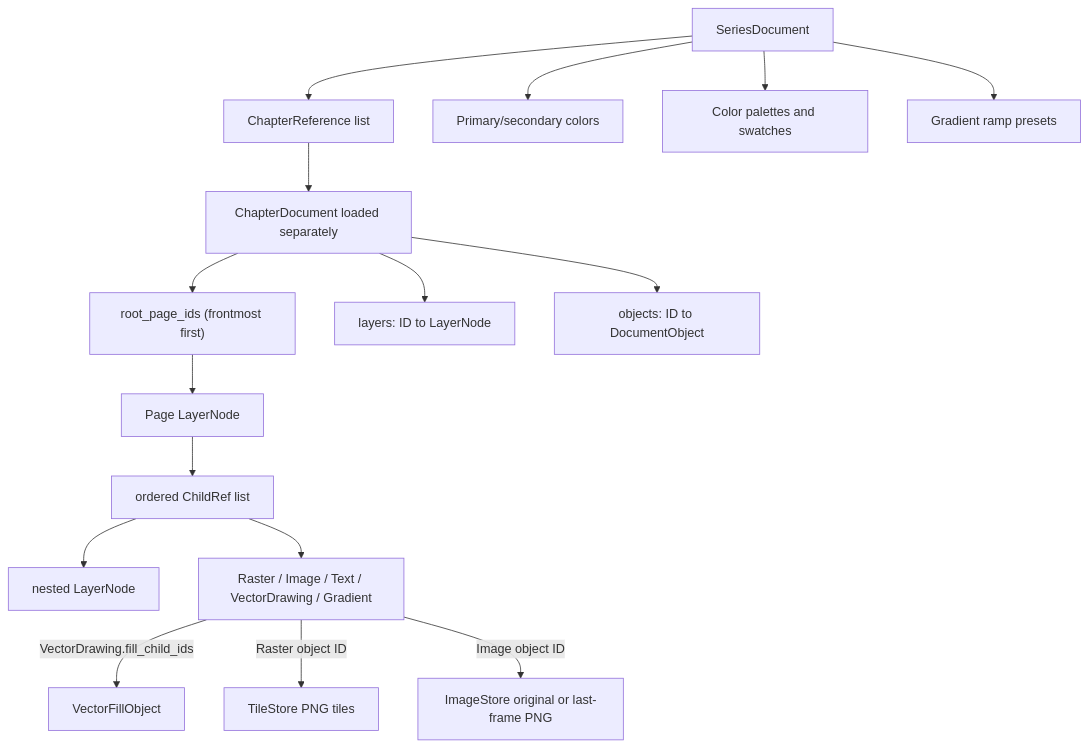
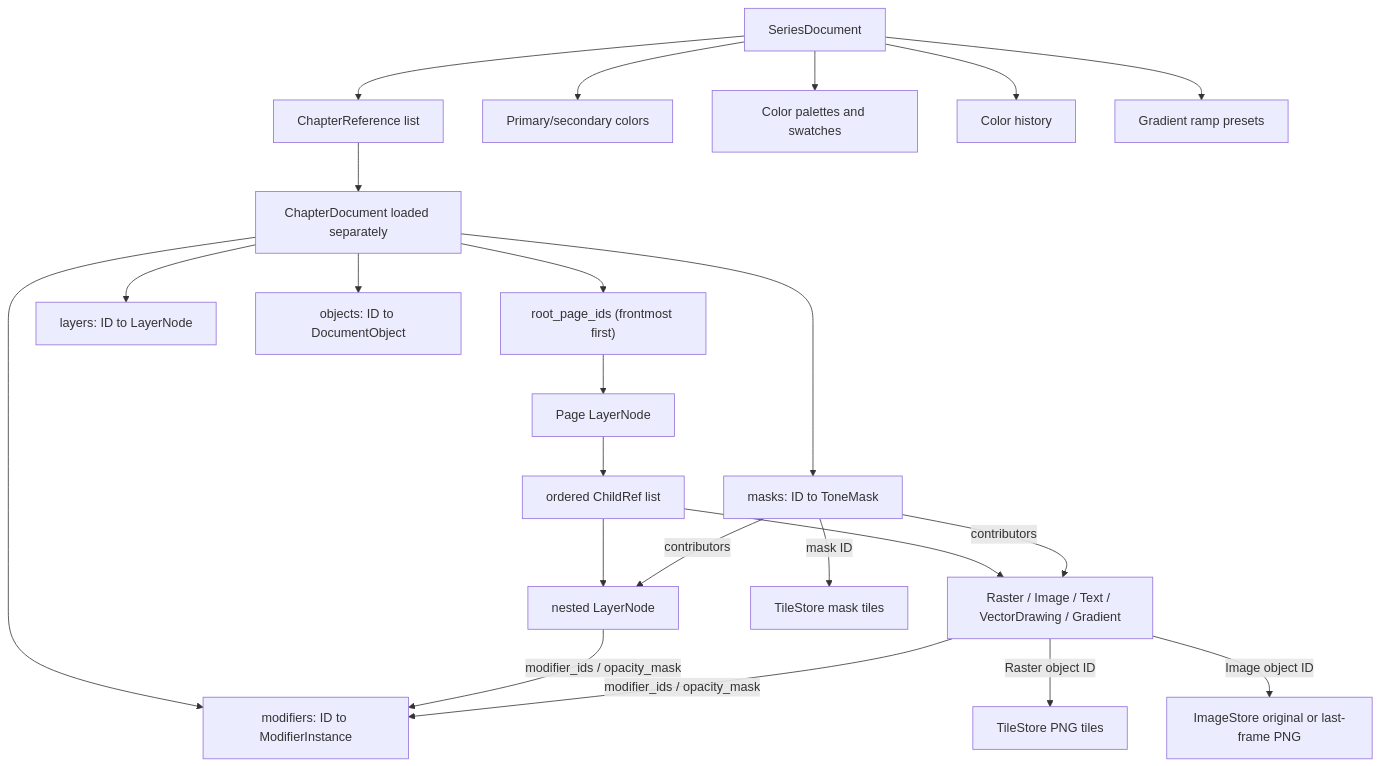
The diagram in docs/llm/03-data-session-and-persistence.md (dsat4200/webtoon-maker), drawn with Mermaid before and after one commit. The commit also changed other lines of this file and 28 other files, not shown here.

````diff
--- a/docs/llm/03-data-session-and-persistence.md
+++ b/docs/llm/03-data-session-and-persistence.md
@@ -23,18 +24,25 @@
 ```mermaid
 flowchart TD
     S["SeriesDocument"] --> CR["ChapterReference list"]
     S --> CP["Primary/secondary colors"]
     S --> PAL["Color palettes and swatches"]
+    S --> CH["Color history"]
     S --> GP["Gradient ramp presets"]
     CR --> C["ChapterDocument loaded separately"]
     C --> RP["root_page_ids (frontmost first)"]
     C --> LM["layers: ID to LayerNode"]
     C --> OM["objects: ID to DocumentObject"]
+    C --> MM["modifiers: ID to ModifierInstance"]
+    C --> TM["masks: ID to ToneMask"]
     RP --> P["Page LayerNode"]
-    P --> CH["ordered ChildRef list"]
-    CH --> L["nested LayerNode"]
-    CH --> O["Raster / Image / Text / VectorDrawing / Gradient"]
-    O -->|"VectorDrawing.fill_child_ids"| VF["VectorFillObject"]
+    P --> CHR["ordered ChildRef list"]
+    CHR --> L["nested LayerNode"]
+    CHR --> O["Raster / Image / Text / VectorDrawing / Gradient"]
     O -->|"Raster object ID"| T["TileStore PNG tiles"]
     O -->|"Image object ID"| I["ImageStore original or last-frame PNG"]
+    TM -->|"contributors"| L
+    TM -->|"contributors"| O
+    TM -->|"mask ID"| MT["TileStore mask tiles"]
+    L -->|"modifier_ids / opacity_mask"| MM
+    O -->|"modifier_ids / opacity_mask"| MM
 ```
````
